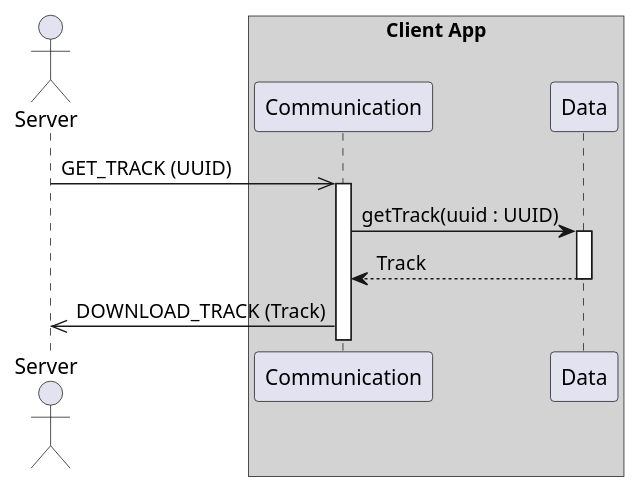
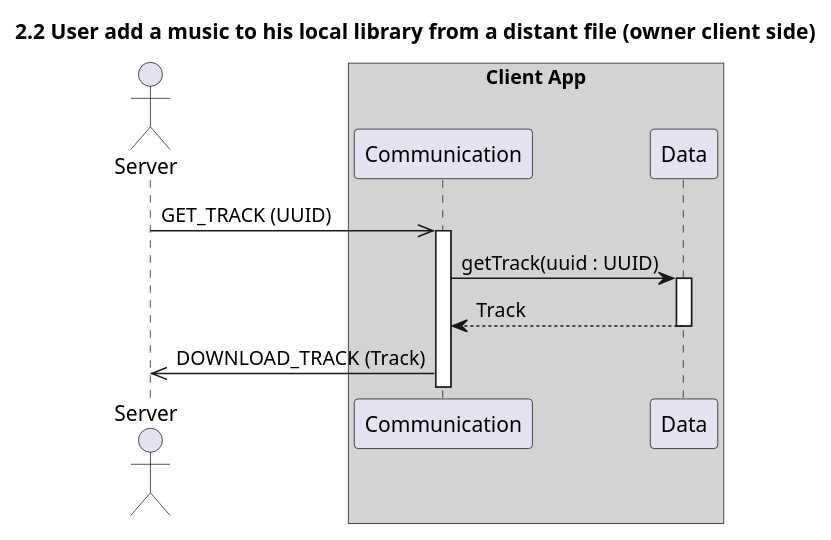
One commit to UTCAI12/Diagrams changed the diagram in sequence/2.2.download_music_owner.puml. Above: the diagram before and after it, drawn with PlantUML. The commit also changed 30 other files, not shown here.

Commit message:
adding titles on all diagrams

```diff
--- a/sequence/2.2.download_music_owner.puml
+++ b/sequence/2.2.download_music_owner.puml
@@ -1,16 +1,17 @@
 @startuml 2.2 User add a music to his local library from a distant file (owner client side)
+title 2.2 User add a music to his local library from a distant file (owner client side)
 
 actor "Server" as Server
 box "Client App" #LightGray
     participant "Communication" as com
     participant "Data" as data
 end box
 
 
 Server ->> com++: GET_TRACK (UUID)
 com->data++: getTrack(uuid : UUID)
 return Track
 com->>Server: DOWNLOAD_TRACK (Track) 
 
 
 @enduml
```
